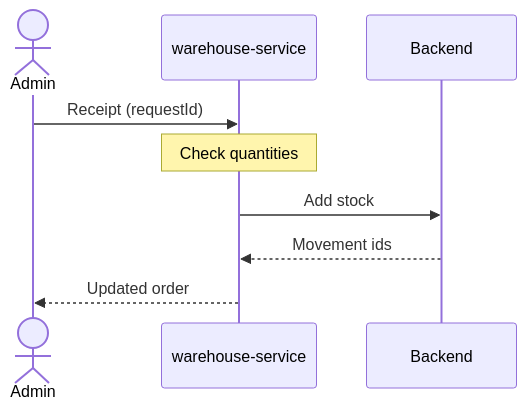
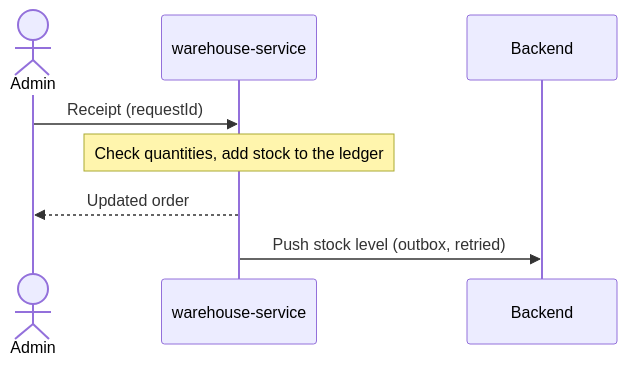
The second of 2 diagrams in docs-site/docs/flows/purchasing.md (slawekradzyminski/awesome-localstack), drawn with Mermaid before and after one commit. The commit also changed other lines of this file and 2 other files, not shown here.

Commit message:
Docs: receipts and return restocks are warehouse ledger writes

````diff
--- a/docs-site/docs/flows/purchasing.md
+++ b/docs-site/docs/flows/purchasing.md
@@ -43,11 +45,10 @@
 ```mermaid
 sequenceDiagram
     actor A as Admin
     participant W as warehouse-service
     participant B as Backend
     A->>W: Receipt (requestId)
-    Note over W: Check quantities
-    W->>B: Add stock
-    B-->>W: Movement ids
+    Note over W: Check quantities, add stock to the ledger
     W-->>A: Updated order
+    W->>B: Push stock level (outbox, retried)
 ```
````
